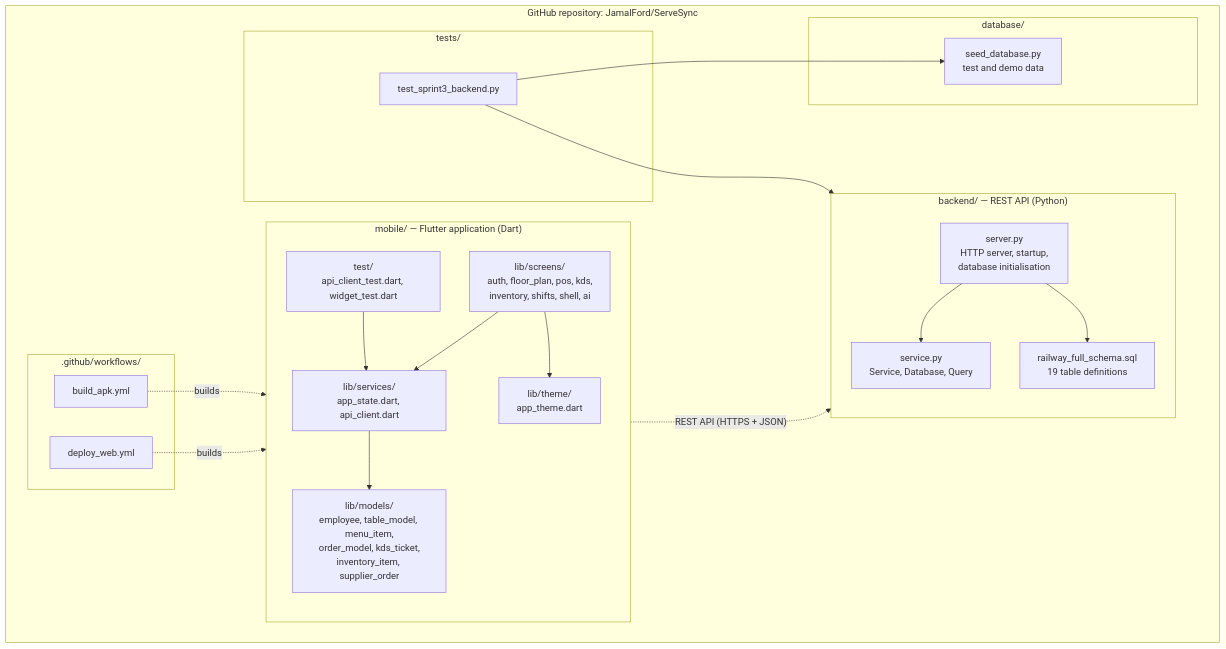
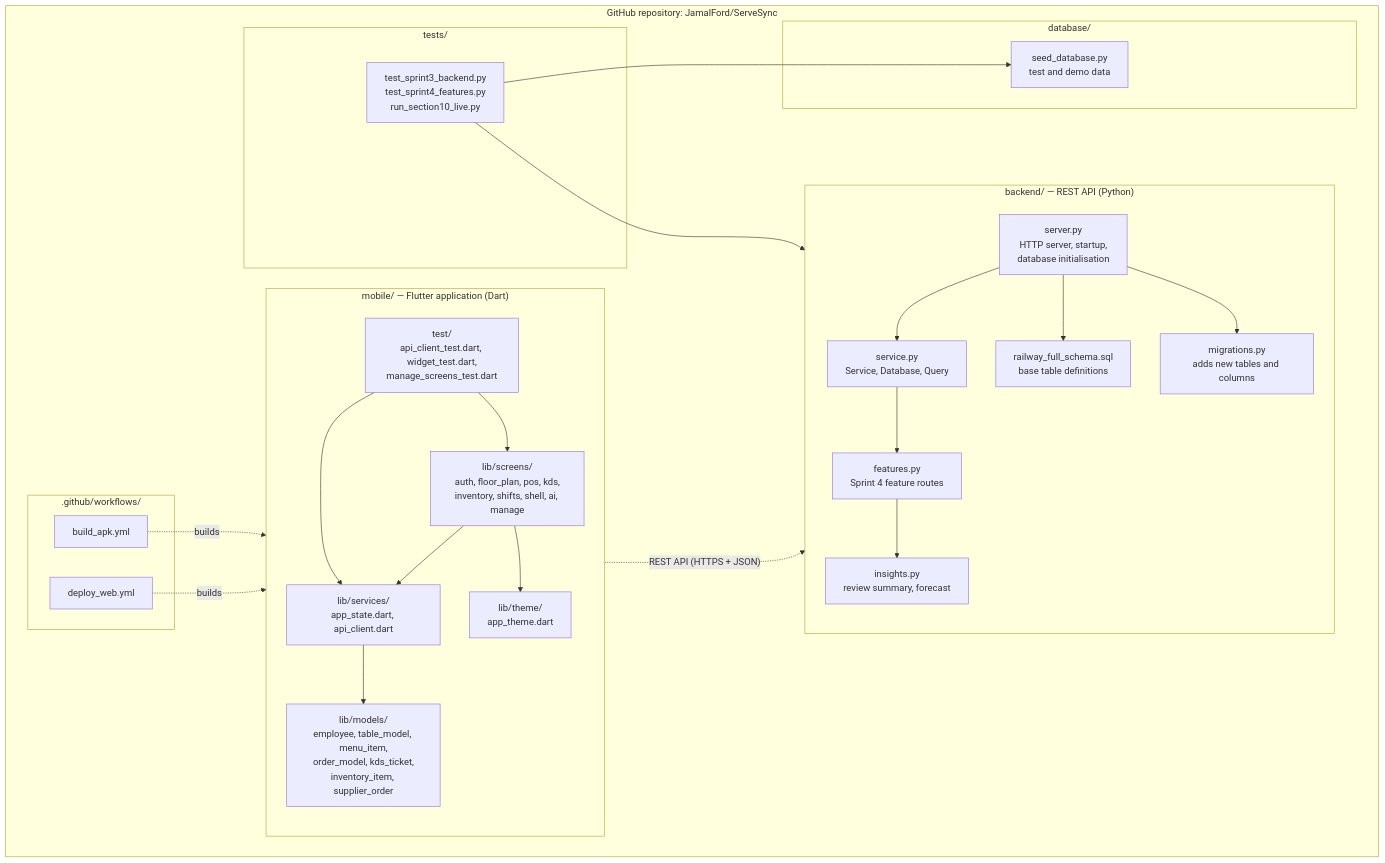
The second of 5 diagrams in docs/sprint4/02-testing-architecture-sections-10-11.md (JamalFord/ServeSync), drawn with Mermaid before and after one commit. The commit also changed other lines of this file and 26 other files, not shown here.

````diff
--- a/docs/sprint4/02-testing-architecture-sections-10-11.md
+++ b/docs/sprint4/02-testing-architecture-sections-10-11.md
@@ -333,42 +339,49 @@
 ```mermaid
 flowchart LR
     subgraph REPO["GitHub repository: JamalFord/ServeSync"]
         direction LR
         subgraph MOBILE["mobile/ — Flutter application (Dart)"]
             direction TB
-            SCREENS["lib/screens/<br/>auth, floor_plan, pos, kds,<br/>inventory, shifts, shell, ai"]
+            SCREENS["lib/screens/<br/>auth, floor_plan, pos, kds,<br/>inventory, shifts, shell, ai, manage"]
             SERVICES["lib/services/<br/>app_state.dart, api_client.dart"]
             MODELS["lib/models/<br/>employee, table_model, menu_item,<br/>order_model, kds_ticket,<br/>inventory_item, supplier_order"]
             THEME["lib/theme/<br/>app_theme.dart"]
-            MTEST["test/<br/>api_client_test.dart, widget_test.dart"]
+            MTEST["test/<br/>api_client_test.dart, widget_test.dart,<br/>manage_screens_test.dart"]
         end
         subgraph BACKEND["backend/ — REST API (Python)"]
             direction TB
             SERVER["server.py<br/>HTTP server, startup,<br/>database initialisation"]
             SERVICE["service.py<br/>Service, Database, Query"]
-            SCHEMA["railway_full_schema.sql<br/>19 table definitions"]
+            FEATURES["features.py<br/>Sprint 4 feature routes"]
+            INSIGHTS["insights.py<br/>review summary, forecast"]
+            MIGR["migrations.py<br/>adds new tables and columns"]
+            SCHEMA["railway_full_schema.sql<br/>base table definitions"]
         end
         subgraph DBDIR["database/"]
             SEED["seed_database.py<br/>test and demo data"]
         end
         subgraph TESTS["tests/"]
-            PYTEST["test_sprint3_backend.py"]
+            PYTEST["test_sprint3_backend.py<br/>test_sprint4_features.py<br/>run_section10_live.py"]
         end
         subgraph CI[".github/workflows/"]
             APK["build_apk.yml"]
             WEB["deploy_web.yml"]
         end
     end
 
     SCREENS --> SERVICES
     SCREENS --> THEME
     SERVICES --> MODELS
     MTEST --> SERVICES
     SERVER --> SERVICE
     SERVER --> SCHEMA
+    SERVER --> MIGR
+    SERVICE --> FEATURES
+    FEATURES --> INSIGHTS
+    MTEST --> SCREENS
     PYTEST --> SERVICE
     PYTEST --> SEED
     APK -. builds .-> MOBILE
     WEB -. builds .-> MOBILE
     SERVICES -. "REST API (HTTPS + JSON)" .-> SERVER
 ```
````
